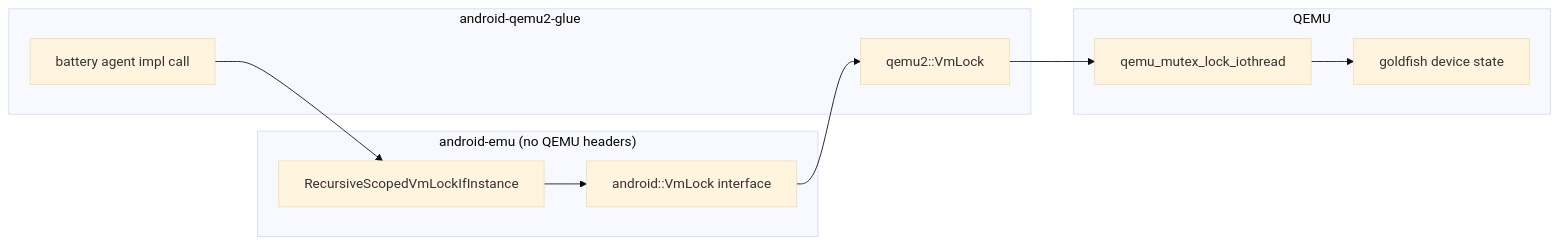
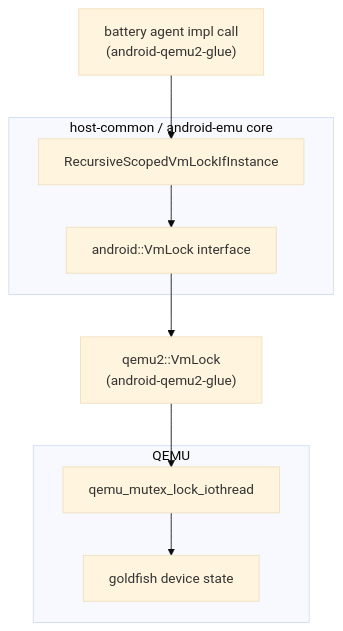
The third of 6 diagrams in 07-android-emu-architecture.md (aospbooks/android-emulator-internal-book), drawn with Mermaid (base theme) before and after one commit. The commit also changed other lines of this file and 31 other files, not shown here.

````diff
--- a/07-android-emu-architecture.md
+++ b/07-android-emu-architecture.md
@@ -184,21 +184,19 @@
 ```mermaid
-flowchart LR
-    subgraph CORE["android-emu (no QEMU headers)"]
+flowchart TD
+    AGENT["battery agent impl call<br/>(android-qemu2-glue)"]
+    subgraph CORE["host-common / android-emu core"]
         SC["RecursiveScopedVmLockIfInstance"]
         IF["android::VmLock interface"]
     end
-    subgraph GLUE["android-qemu2-glue"]
-        AGENT["battery agent impl call"]
-        IMPL["qemu2::VmLock"]
-    end
+    IMPL["qemu2::VmLock<br/>(android-qemu2-glue)"]
     subgraph QEMUSIDE["QEMU"]
         IO["qemu_mutex_lock_iothread"]
         DEV["goldfish device state"]
     end
 
     AGENT --> SC
     SC --> IF
     IF --> IMPL
     IMPL --> IO
     IO --> DEV
 ```
````
